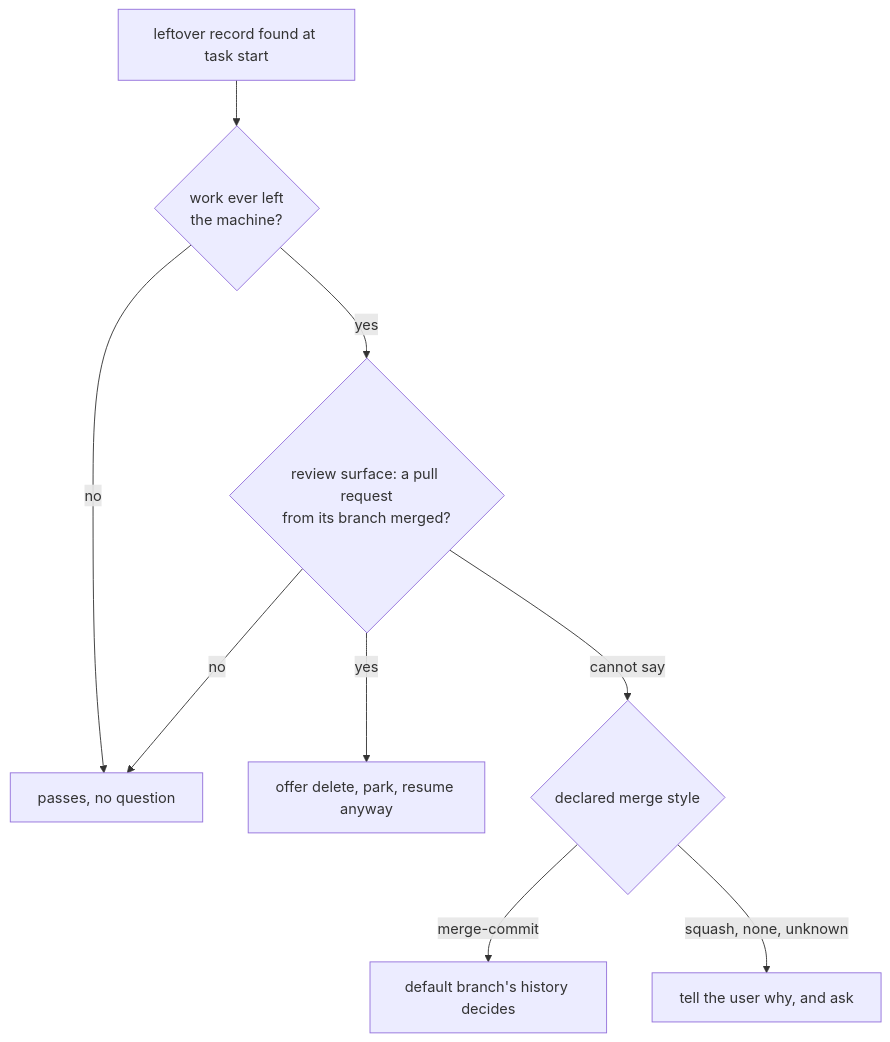
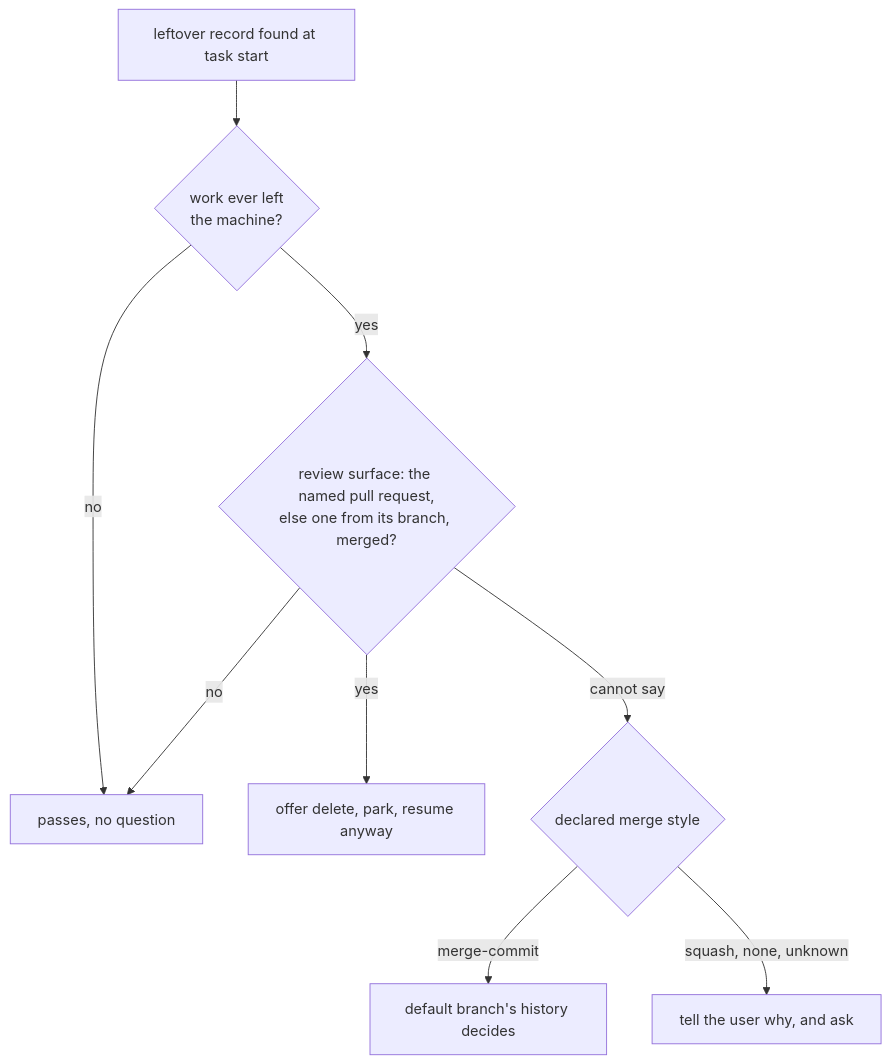
One commit to JeriC4o/agent-harness changed the second of 2 diagrams in ai-docs/plans/2026-11-03-commit-each-workflow-step.design.md. Above: the diagram before and after it, drawn with Mermaid. The commit also changed other lines of this file and 1 other file, not shown here.

````diff
--- a/ai-docs/plans/2026-11-03-commit-each-workflow-step.design.md
+++ b/ai-docs/plans/2026-11-03-commit-each-workflow-step.design.md
@@ -49,11 +51,11 @@
 ```mermaid
 flowchart TD
     L["leftover record found at task start"] --> X{"work ever left<br/>the machine?"}
     X -->|no| P["passes, no question"]
-    X -->|yes| Q{"review surface: a pull request<br/>from its branch merged?"}
+    X -->|yes| Q{"review surface: the named pull request,<br/>else one from its branch, merged?"}
     Q -->|no| P
     Q -->|yes| O["offer delete, park, resume anyway"]
     Q -->|cannot say| MS{"declared merge style"}
     MS -->|merge-commit| H["default branch's history decides"]
     MS -->|"squash, none, unknown"| A["tell the user why, and ask"]
 ```
````
